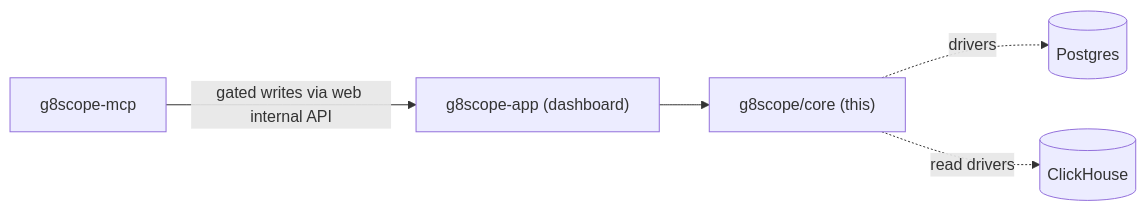
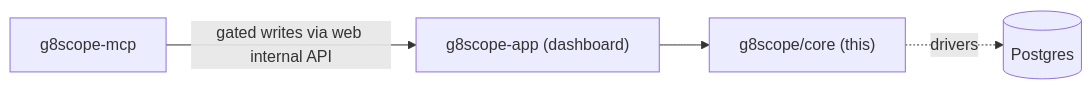
One commit to bliptrace/bliptrace-core changed the diagram in docs/architecture.md. Above: the diagram before and after it, drawn with Mermaid. The commit also changed other lines of this file and 26 other files, not shown here.

````diff
--- a/docs/architecture.md
+++ b/docs/architecture.md
@@ -14,7 +14,6 @@
 ```mermaid
 flowchart LR
   Web["g8scope-app (dashboard)"] --> Core["g8scope/core (this)"]
   MCP["g8scope-mcp"] -->|gated writes via web internal API| Web
   Core -. drivers .-> PG[("Postgres")]
-  Core -. read drivers .-> CH[("ClickHouse")]
 ```
````
